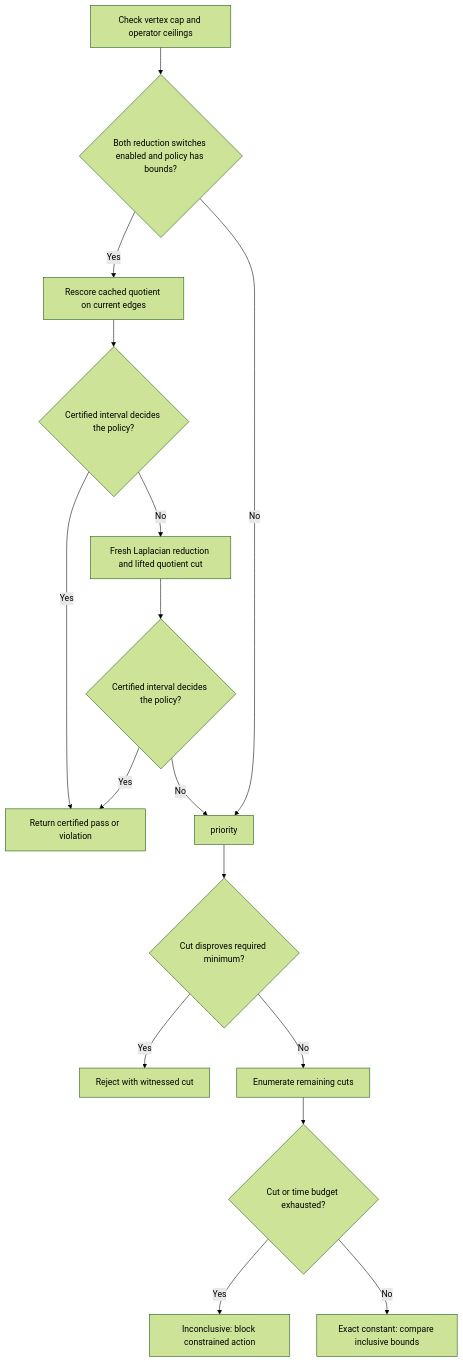
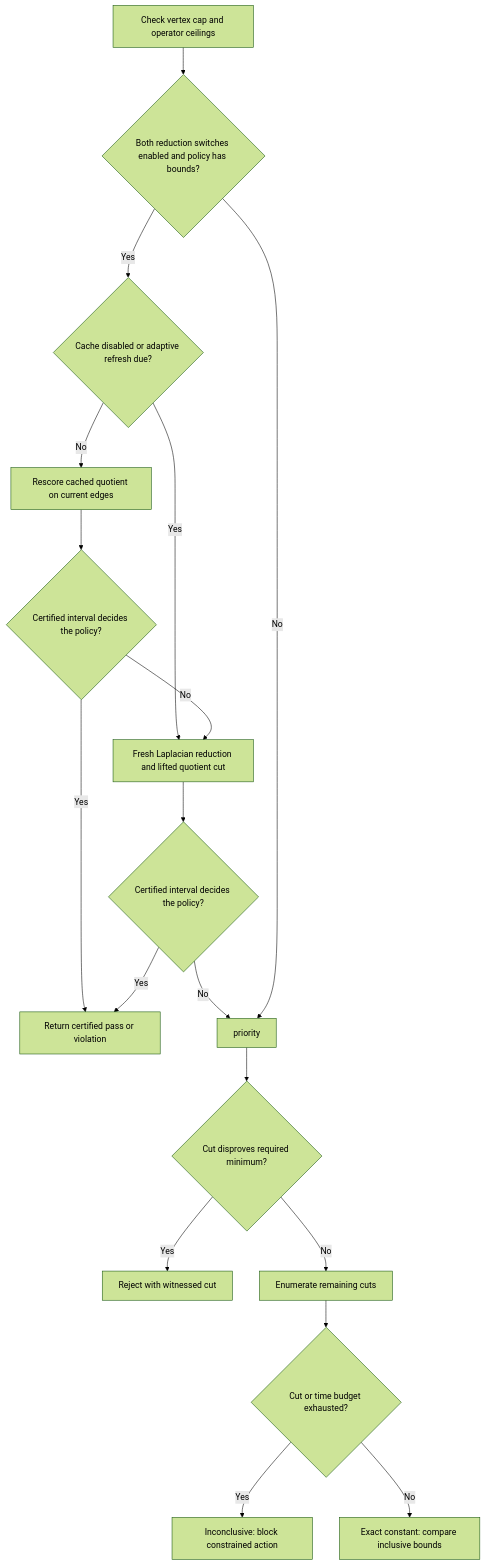
Before and after one commit to astrivant/polyad: the second of 2 diagrams in docs/graphs/cheeger-tuning.md, drawn with Mermaid (forest theme). The commit also changed other lines of this file and 95 other files, not shown here.

Commit message:
Sync additional study graphs

````diff
--- a/docs/graphs/cheeger-tuning.md
+++ b/docs/graphs/cheeger-tuning.md
@@ -312,18 +350,20 @@
 ```mermaid
 flowchart TD
     boundary["Check vertex cap and operator ceilings"] --> enabled{"Both reduction switches enabled and policy has bounds?"}
-    enabled -->|Yes| cached["Rescore cached quotient on current edges"]
+    enabled -->|Yes| schedule{"Cache disabled or adaptive refresh due?"}
+    schedule -->|No| cached["Rescore cached quotient on current edges"]
+    schedule -->|Yes| fresh
     cached --> decided{"Certified interval decides the policy?"}
     decided -->|No| fresh["Fresh Laplacian reduction and lifted quotient cut"]
     fresh --> decided2{"Certified interval decides the policy?"}
     decided -->|Yes| certified["Return certified pass or violation"]
     decided2 -->|Yes| certified
     decided2 -->|No| priority
     enabled -->|No| priority
     priority --> bad{"Cut disproves required minimum?"}
     bad -->|Yes| reject["Reject with witnessed cut"]
     bad -->|No| remaining["Enumerate remaining cuts"]
     remaining --> budget{"Cut or time budget exhausted?"}
     budget -->|Yes| unknown["Inconclusive: block constrained action"]
     budget -->|No| exact["Exact constant: compare inclusive bounds"]
 ```
````
